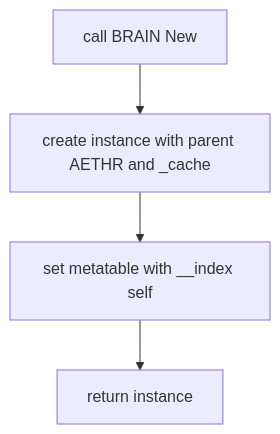
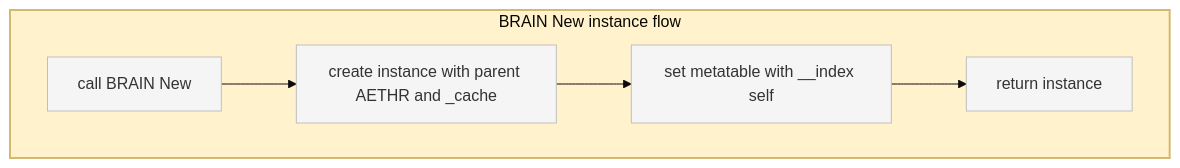
The second of 2 diagrams in docs/brain/data_structures.md (Gh0st352/AETHR), drawn with Mermaid before and after one commit. The commit also changed other lines of this file and 5 other files, not shown here.

First line of the commit message:
docs(diagrams): convert mermaid identifiers and improve styling

````diff
--- a/docs/brain/data_structures.md
+++ b/docs/brain/data_structures.md
@@ -60,6 +65,15 @@
 ```mermaid
-flowchart TD
-  N1[call BRAIN New] --> N2[create instance with parent AETHR and _cache]
-  N2 --> N3[set metatable with __index self]
-  N3 --> N4[return instance]
+%%{init: {"theme":"base"}}%%
+flowchart 
+  subgraph NEW [BRAIN New instance flow]
+    style NEW fill:#fff2cc,stroke:#d4b86f,stroke-width:2px
+    N1[call BRAIN New]
+    N2[create instance with parent AETHR and _cache]
+    N3[set metatable with __index self]
+    N4[return instance]
+    N1 --> N2 --> N3 --> N4
+  end
+
+  classDef node fill:#f5f5f5,stroke:#bfbfbf
+  class N1,N2,N3,N4 node
 ```
````
